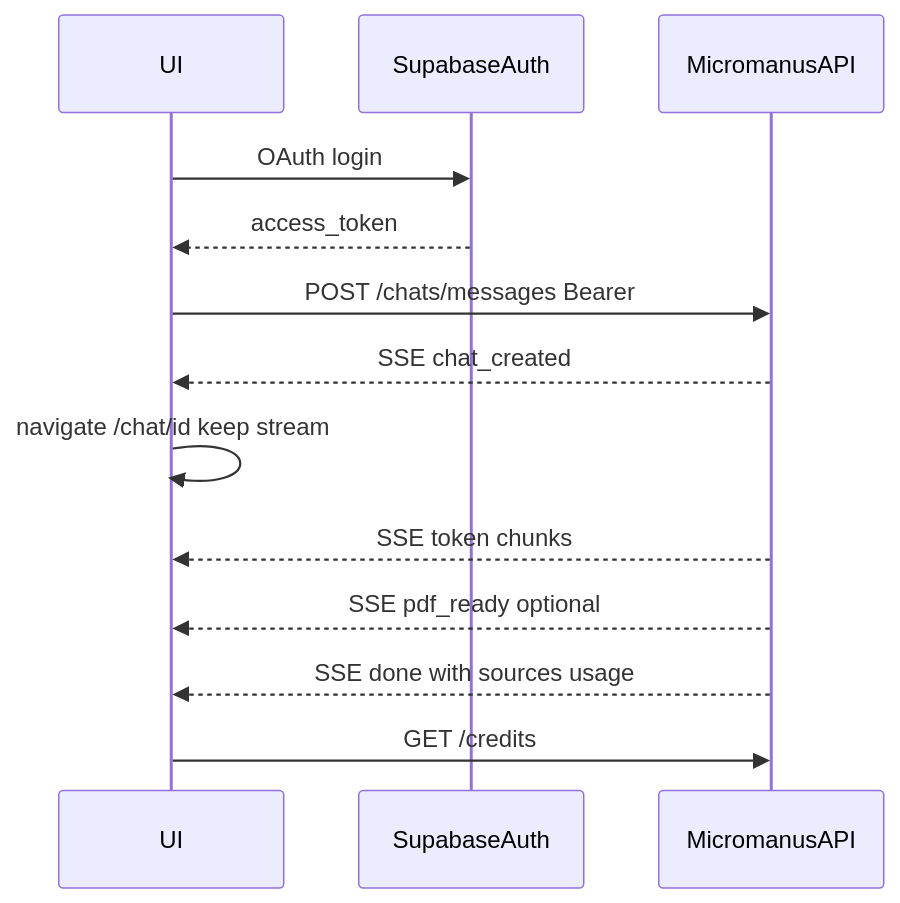
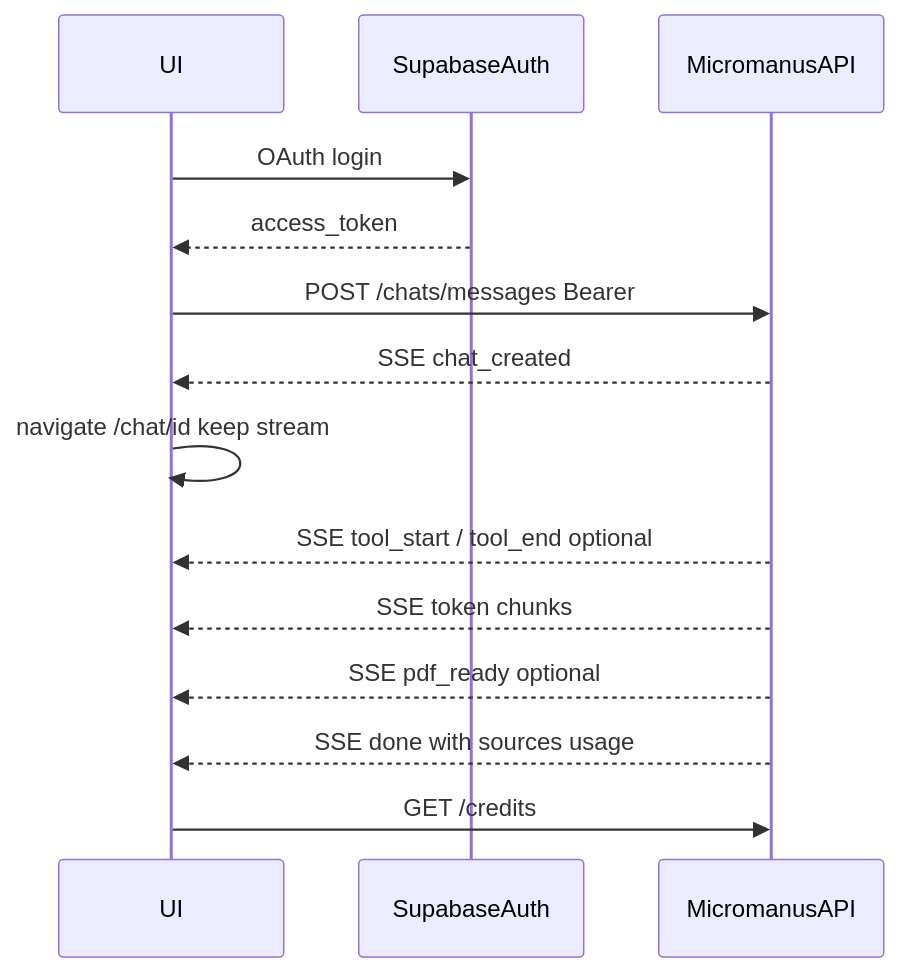
Before and after one commit to IftequarIffu/micromanus-frontend: the diagram in AGENTS.md, drawn with Mermaid. The commit also changed other lines of this file and 7 other files, not shown here.

````diff
--- a/AGENTS.md
+++ b/AGENTS.md
@@ -660,15 +666,16 @@
 ```mermaid
 sequenceDiagram
   participant UI
   participant Auth as SupabaseAuth
   participant API as MicromanusAPI
   UI->>Auth: OAuth login
   Auth-->>UI: access_token
   UI->>API: POST /chats/messages Bearer
   API-->>UI: SSE chat_created
   UI->>UI: navigate /chat/id keep stream
+  API-->>UI: SSE tool_start / tool_end optional
   API-->>UI: SSE token chunks
   API-->>UI: SSE pdf_ready optional
   API-->>UI: SSE done with sources usage
   UI->>API: GET /credits
 ```
````
